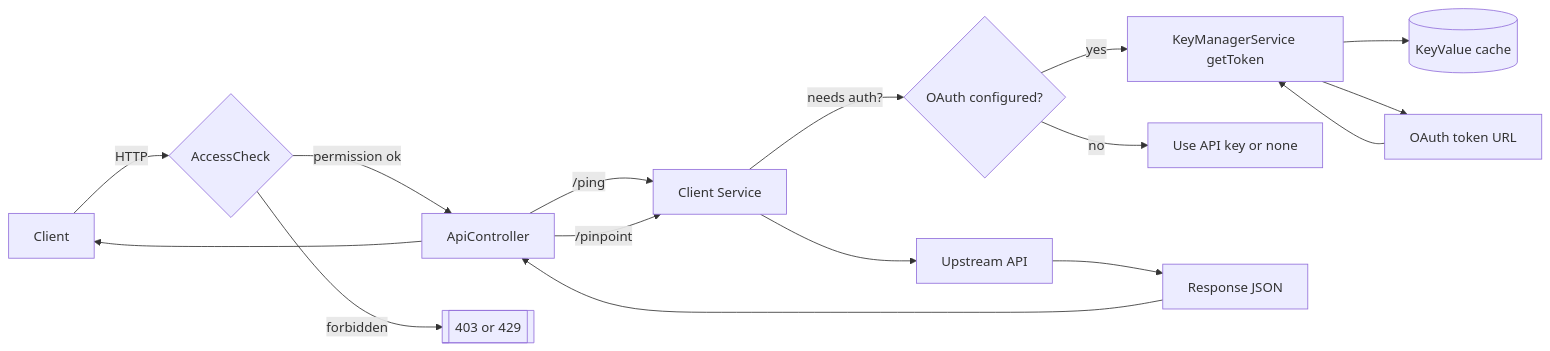
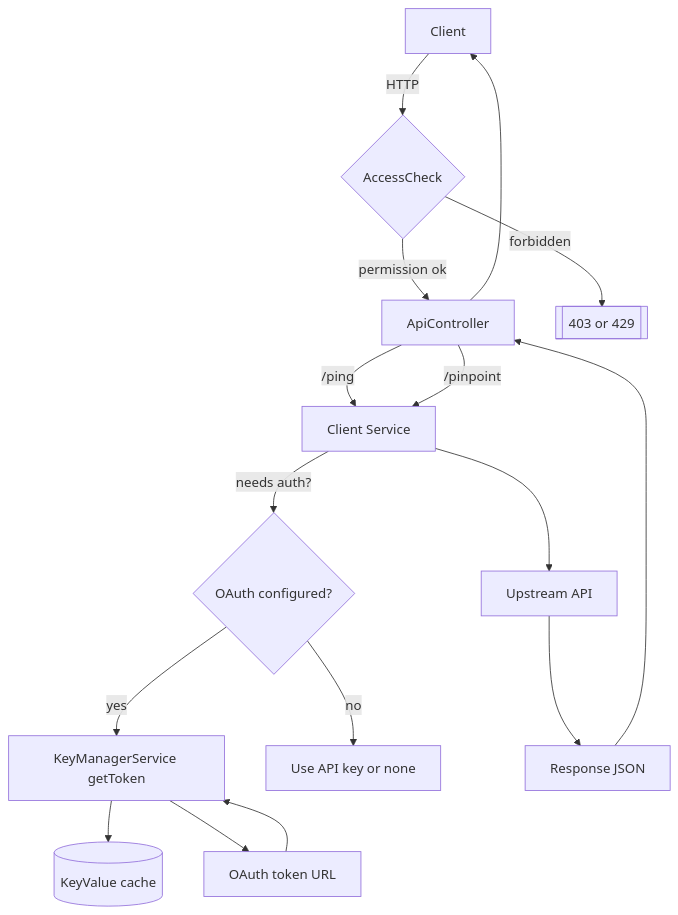
The diagram in README.md (abrahamVado/drupal-plugin-api-latam), drawn with Mermaid before and after one commit.

Commit message:
update(readme_file): horizontal diagram

````diff
--- a/README.md
+++ b/README.md
@@ -102,20 +102,35 @@
 ```mermaid
-flowchart LR
-  A[Client] -->|HTTP| B{AccessCheck}
-  B -->|permission ok| C[ApiController]
-  B -->|forbidden| Z[[403 or 429]]
+flowchart TB
+  A[Client]
+  B{AccessCheck}
+  C[ApiController]
+  D[Client Service]
+  E{OAuth configured?}
+  F[KeyManagerService getToken]
+  G[(KeyValue cache)]
+  H[OAuth token URL]
+  I[Use API key or none]
+  J[Upstream API]
+  K[Response JSON]
+  Z[[403 or 429]]
 
-  C -->|/ping| D[Client Service]
+  A -->|HTTP| B
+  B -->|permission ok| C
+  B -->|forbidden| Z
+
+  C -->|/ping| D
   C -->|/pinpoint| D
 
-  D -->|needs auth?| E{OAuth configured?}
-  E -- yes --> F[KeyManagerService getToken]
-  F --> G[(KeyValue cache)]
-  F --> H[OAuth token URL]
+  D -->|needs auth?| E
+  E -- yes --> F
+  F --> G
+  F --> H
   H --> F
-  E -- no --> I[Use API key or none]
+  E -- no --> I
 
-  D --> J[Upstream API]
-  J --> K[Response JSON]
-  K --> C --> A
+  D --> J
+  J --> K
+  K --> C
+  C --> A
+
 ```
````
